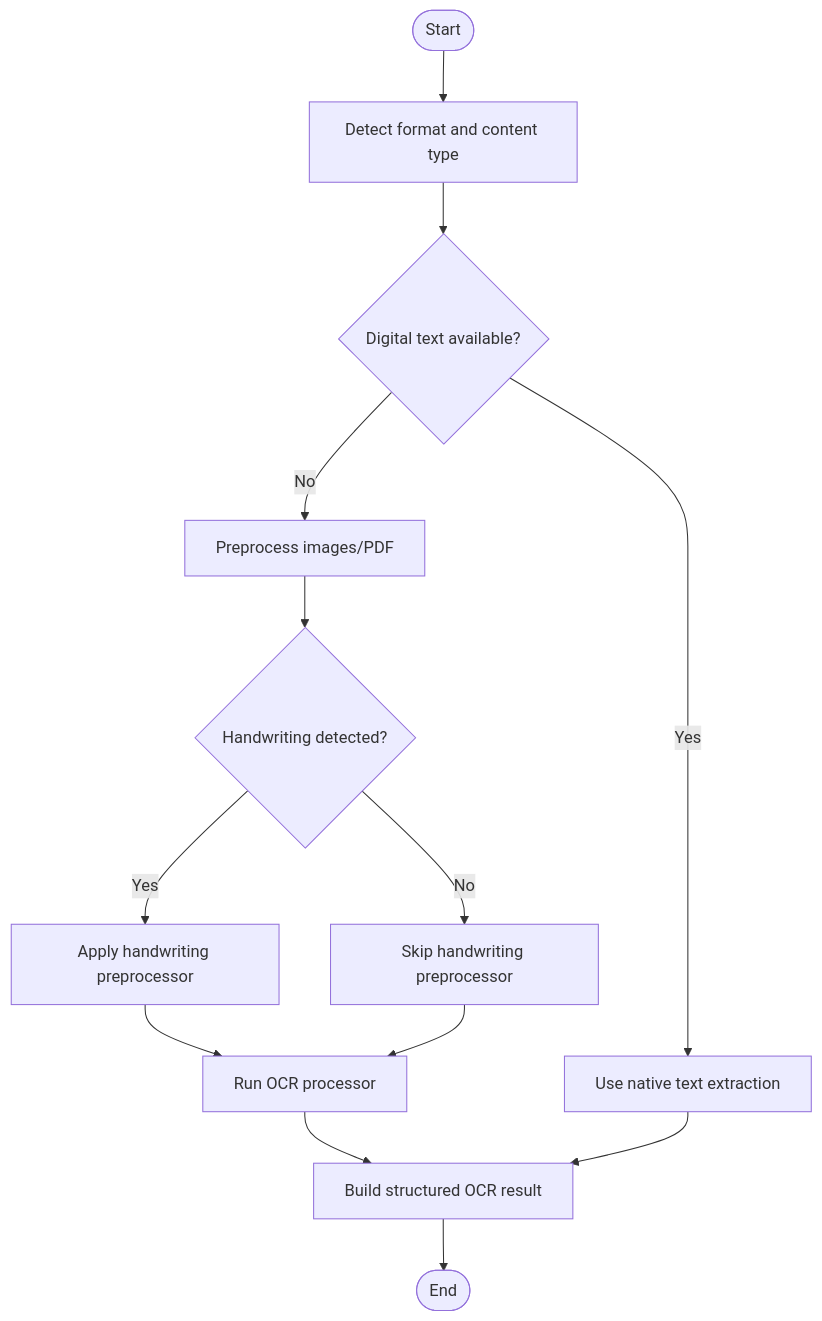
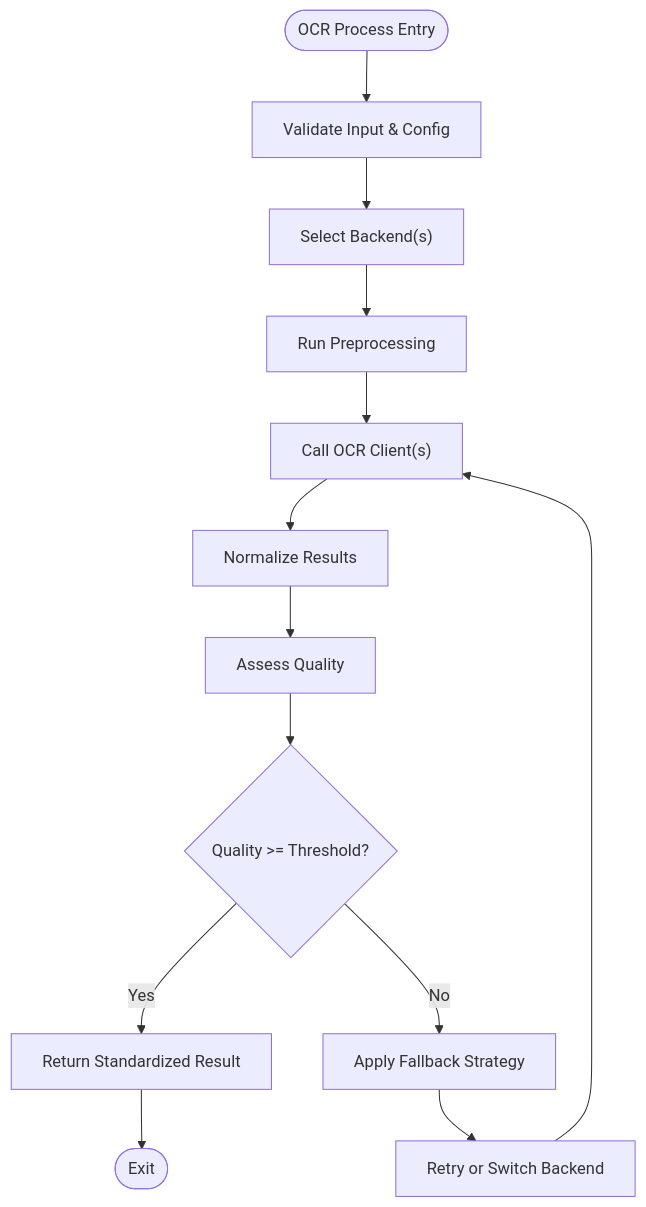
The fourth of 7 diagrams in .qoder/repowiki/en/content/Core Processing Engine/Core Processing Engine.md (Sifr-r/LocalDeepL), drawn with Mermaid before and after one commit. The commit also changed other lines of this file and 246 other files, not shown here.

````diff
--- a/.qoder/repowiki/en/content/Core Processing Engine/Core Processing Engine.md
+++ b/.qoder/repowiki/en/content/Core Processing Engine/Core Processing Engine.md
@@ -332,15 +254,15 @@
 ```mermaid
 flowchart TD
-Start(["Start"]) --> Detect["Detect format and content type"]
-Detect --> IsDigital{"Digital text available?"}
-IsDigital --> |Yes| UseNative["Use native text extraction"]
-IsDigital --> |No| Prep["Preprocess images/PDF"]
-Prep --> HWP{"Handwriting detected?"}
-HWP --> |Yes| HP["Apply handwriting preprocessor"]
-HWP --> |No| SkipHP["Skip handwriting preprocessor"]
-HP --> OCR["Run OCR processor"]
-SkipHP --> OCR
-OCR --> Structured["Build structured OCR result"]
-UseNative --> Structured
-Structured --> End(["End"])
+Start(["OCR Process Entry"]) --> Validate["Validate Input & Config"]
+Validate --> Select["Select Backend(s)"]
+Select --> Preprocess["Run Preprocessing"]
+Preprocess --> CallClient["Call OCR Client(s)"]
+CallClient --> Normalize["Normalize Results"]
+Normalize --> QualityCheck["Assess Quality"]
+QualityCheck --> Threshold{"Quality >= Threshold?"}
+Threshold --> |Yes| ReturnOK["Return Standardized Result"]
+Threshold --> |No| Fallback["Apply Fallback Strategy"]
+Fallback --> RetryOrSwitch["Retry or Switch Backend"]
+RetryOrSwitch --> CallClient
+ReturnOK --> End(["Exit"])
 ```
````
